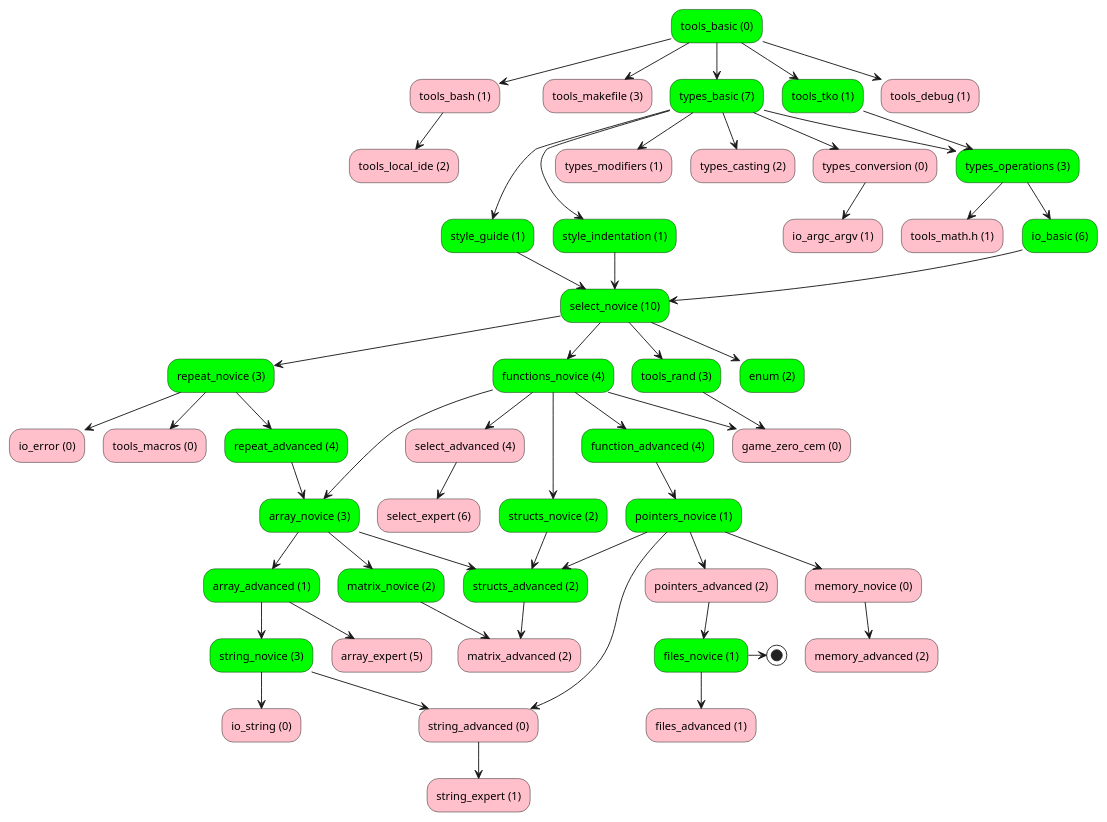
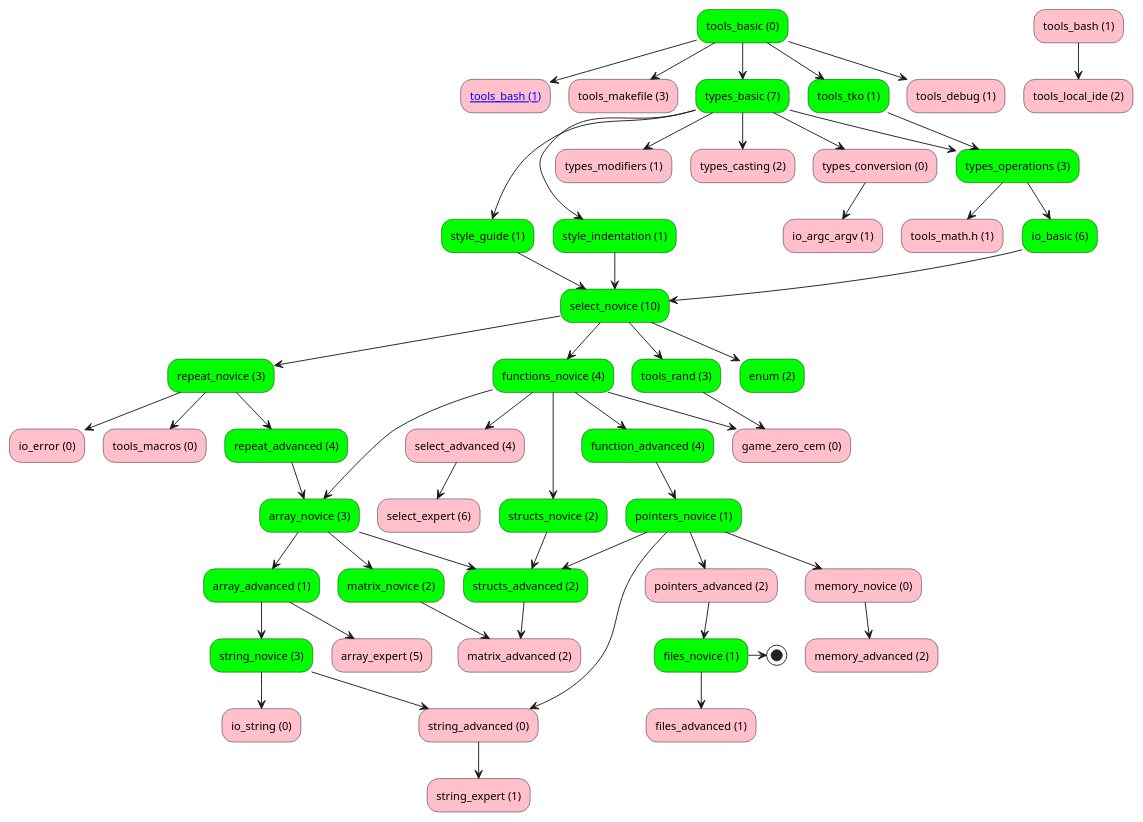
One commit to senapk/c_is_fun changed the diagram in graph/graph.puml. Above: the diagram before and after it, drawn with PlantUML. The commit also changed 1 other file, not shown here.

```diff
--- a/graph/graph.puml
+++ b/graph/graph.puml
@@ -1,56 +1,56 @@
 @startuml graph
-"tools_basic (0)" #lime --> "tools_bash (1)" #pink
+"tools_basic (0)" #lime --> "[[http://google.com tools_bash (1)]]"  #pink
 "tools_bash (1)" #pink --> "tools_local_ide (2)" #pink
 "tools_basic (0)" #lime --> "tools_makefile (3)" #pink
 "tools_basic (0)" #lime --> "types_basic (7)" #lime
 "types_basic (7)" #lime --> "style_guide (1)" #lime
 "types_basic (7)" #lime --> "style_indentation (1)" #lime
 "types_basic (7)" #lime --> "types_modifiers (1)" #pink
 "types_basic (7)" #lime --> "types_casting (2)" #pink
 "types_basic (7)" #lime --> "types_conversion (0)" #pink
 "types_basic (7)" #lime --> "types_operations (3)" #lime
 "tools_tko (1)" #lime --> "types_operations (3)" #lime
 "types_operations (3)" #lime --> "tools_math.h (1)" #pink
 "types_operations (3)" #lime --> "io_basic (6)" #lime
 "string_novice (3)" #lime --> "io_string (0)" #pink
 "repeat_novice (3)" #lime --> "io_error (0)" #pink
 "repeat_novice (3)" #lime --> "tools_macros (0)" #pink
 "tools_basic (0)" #lime --> "tools_tko (1)" #lime
 "io_basic (6)" #lime --> "select_novice (10)" #lime
 "style_guide (1)" #lime --> "select_novice (10)" #lime
 "style_indentation (1)" #lime --> "select_novice (10)" #lime
 "tools_basic (0)" #lime --> "tools_debug (1)" #pink
 "functions_novice (4)" #lime --> "select_advanced (4)" #pink
 "select_advanced (4)" #pink --> "select_expert (6)" #pink
 "select_novice (10)" #lime --> "functions_novice (4)" #lime
 "functions_novice (4)" #lime --> "function_advanced (4)" #lime
 "select_novice (10)" #lime --> "repeat_novice (3)" #lime
 "repeat_novice (3)" #lime --> "repeat_advanced (4)" #lime
 "select_novice (10)" #lime --> "tools_rand (3)" #lime
 "tools_rand (3)" #lime --> "game_zero_cem (0)" #pink
 "functions_novice (4)" #lime --> "game_zero_cem (0)" #pink
 "types_conversion (0)" #pink --> "io_argc_argv (1)" #pink
 "repeat_advanced (4)" #lime --> "array_novice (3)" #lime
 "functions_novice (4)" #lime --> "array_novice (3)" #lime
 "array_novice (3)" #lime --> "array_advanced (1)" #lime
 "array_advanced (1)" #lime --> "array_expert (5)" #pink
 "array_advanced (1)" #lime --> "string_novice (3)" #lime
 "string_novice (3)" #lime --> "string_advanced (0)" #pink
 "pointers_novice (1)" #lime --> "string_advanced (0)" #pink
 "string_advanced (0)" #pink --> "string_expert (1)" #pink
 "function_advanced (4)" #lime --> "pointers_novice (1)" #lime
 "functions_novice (4)" #lime --> "structs_novice (2)" #lime
 "array_novice (3)" #lime --> "matrix_novice (2)" #lime
 "matrix_novice (2)" #lime --> "matrix_advanced (2)" #pink
 "structs_advanced (2)" #lime --> "matrix_advanced (2)" #pink
 "pointers_novice (1)" #lime --> "structs_advanced (2)" #lime
 "array_novice (3)" #lime --> "structs_advanced (2)" #lime
 "structs_novice (2)" #lime --> "structs_advanced (2)" #lime
 "select_novice (10)" #lime --> "enum (2)" #lime
 "pointers_novice (1)" #lime --> "pointers_advanced (2)" #pink
 "pointers_novice (1)" #lime --> "memory_novice (0)" #pink
 "memory_novice (0)" #pink --> "memory_advanced (2)" #pink
 "pointers_advanced (2)" #pink --> "files_novice (1)" #lime
 "files_novice (1)" #lime --> "files_advanced (1)" #pink
 "files_novice (1)" #lime -> (*)
 @enduml
```
